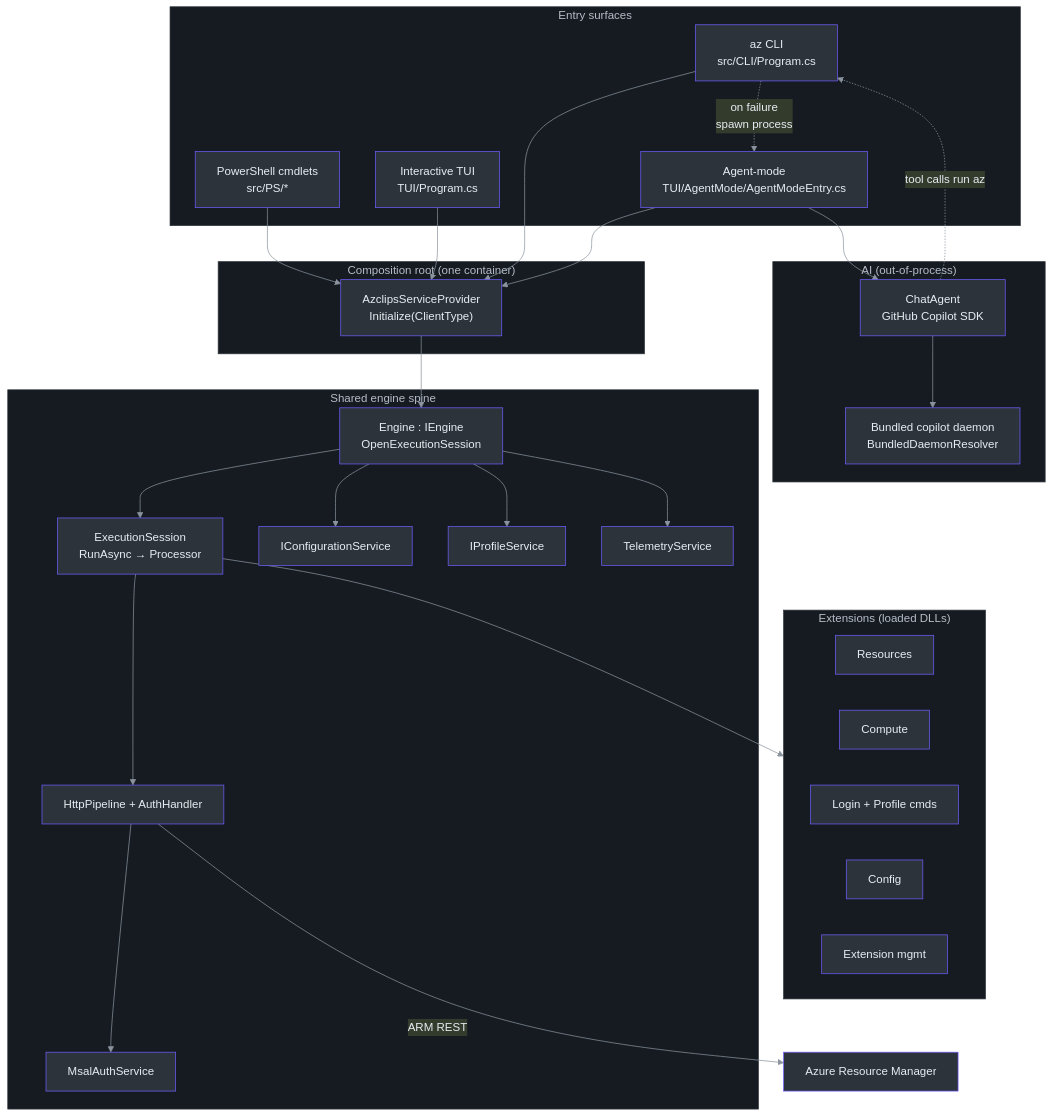
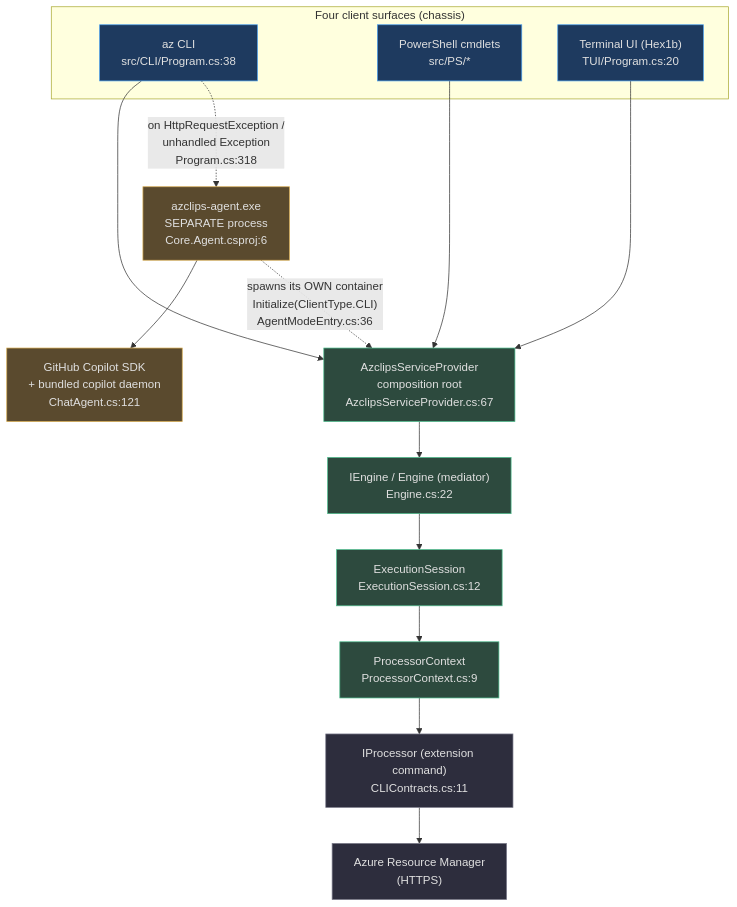
One commit to Azure/azclips changed the first of 9 diagrams in wiki/onboarding-guide.md. Above: the diagram before and after it, drawn with Mermaid. The commit also changed other lines of this file and 34 other files, not shown here.

First line of the commit message:
docs(wiki): refresh generated architecture documentation

````diff
--- a/wiki/onboarding-guide.md
+++ b/wiki/onboarding-guide.md
@@ -190,52 +136,43 @@
 ```mermaid
-%%{init: {'theme':'base','themeVariables':{'primaryColor':'#2d333b','primaryBorderColor':'#6d5dfc','primaryTextColor':'#e6edf3','lineColor':'#8b949e','clusterBkg':'#161b22','clusterBorder':'#30363d','fontFamily':'monospace'}}}%%
-flowchart TB
-    subgraph surfaces["Entry surfaces"]
-        CLI["az CLI<br>src/CLI/Program.cs"]
+graph TD
+    subgraph Surfaces["Four client surfaces (chassis)"]
+        CLI["az CLI<br>src/CLI/Program.cs:38"]
         PS["PowerShell cmdlets<br>src/PS/*"]
-        TUI["Interactive TUI<br>TUI/Program.cs"]
-        AM["Agent-mode<br>TUI/AgentMode/AgentModeEntry.cs"]
+        TUI["Terminal UI (Hex1b)<br>TUI/Program.cs:20"]
     end
 
-    subgraph root["Composition root (one container)"]
-        DI["AzclipsServiceProvider<br>Initialize(ClientType)"]
-    end
+    Root["AzclipsServiceProvider<br>composition root<br>AzclipsServiceProvider.cs:67"]
+    Engine["IEngine / Engine (mediator)<br>Engine.cs:22"]
+    Session["ExecutionSession<br>ExecutionSession.cs:12"]
+    Ctx["ProcessorContext<br>ProcessorContext.cs:9"]
+    Ext["IProcessor (extension command)<br>CLIContracts.cs:11"]
+    ARM["Azure Resource Manager<br>(HTTPS)"]
 
-    subgraph core["Shared engine spine"]
-        ENG["Engine : IEngine<br>OpenExecutionSession"]
-        SESS["ExecutionSession<br>RunAsync → Processor"]
-        HTTP["HttpPipeline + AuthHandler"]
-        AUTH["MsalAuthService"]
-        CFG["IConfigurationService"]
-        PROF["IProfileService"]
-        TEL["TelemetryService"]
-    end
+    Agent["azclips-agent.exe<br>SEPARATE process<br>Core.Agent.csproj:6"]
+    Copilot["GitHub Copilot SDK<br>+ bundled copilot daemon<br>ChatAgent.cs:121"]
 
-    subgraph ext["Extensions (loaded DLLs)"]
-        RES["Resources"]
-        CMP["Compute"]
-        LOG["Login + Profile cmds"]
-        CON["Config"]
-        EXT["Extension mgmt"]
-    end
+    CLI --> Root
+    PS --> Root
+    TUI --> Root
+    Root --> Engine
+    Engine --> Session
+    Session --> Ctx
+    Ctx --> Ext
+    Ext --> ARM
 
-    subgraph ai["AI (out-of-process)"]
-        CHAT["ChatAgent<br>GitHub Copilot SDK"]
-        DMN["Bundled copilot daemon<br>BundledDaemonResolver"]
-    end
+    CLI -. "on HttpRequestException /<br>unhandled Exception<br>Program.cs:318" .-> Agent
+    Agent --> Copilot
+    Agent -. "spawns its OWN container<br>Initialize(ClientType.CLI)<br>AgentModeEntry.cs:36" .-> Root
 
-    CLI --> DI
-    PS --> DI
-    TUI --> DI
-    AM --> DI
-    DI --> ENG --> SESS --> HTTP --> AUTH
-    ENG --> CFG
-    ENG --> PROF
-    ENG --> TEL
-    SESS --> ext
-    HTTP -->|"ARM REST"| AZ["Azure Resource Manager"]
-
-    CLI -.->|"on failure<br>spawn process"| AM
-    AM --> CHAT --> DMN
-    CHAT -.->|"tool calls run az"| CLI
+    style CLI fill:#1e3a5f,stroke:#4a9eed,color:#e0e0e0
+    style PS fill:#1e3a5f,stroke:#4a9eed,color:#e0e0e0
+    style TUI fill:#1e3a5f,stroke:#4a9eed,color:#e0e0e0
+    style Root fill:#2d4a3e,stroke:#4aba8a,color:#e0e0e0
+    style Engine fill:#2d4a3e,stroke:#4aba8a,color:#e0e0e0
+    style Session fill:#2d4a3e,stroke:#4aba8a,color:#e0e0e0
+    style Ctx fill:#2d4a3e,stroke:#4aba8a,color:#e0e0e0
+    style Ext fill:#2d2d3d,stroke:#7a7a8a,color:#e0e0e0
+    style ARM fill:#2d2d3d,stroke:#7a7a8a,color:#e0e0e0
+    style Agent fill:#5a4a2e,stroke:#d4a84b,color:#e0e0e0
+    style Copilot fill:#5a4a2e,stroke:#d4a84b,color:#e0e0e0
 ```
````
